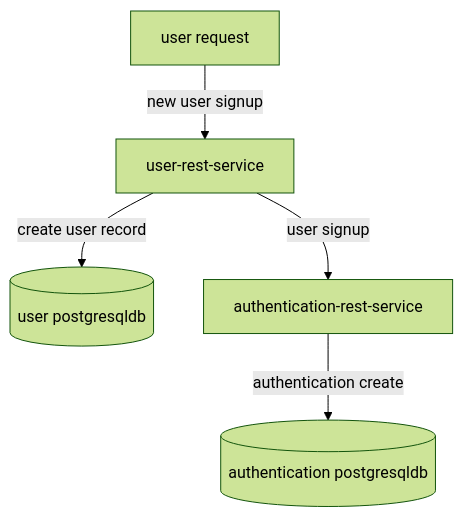
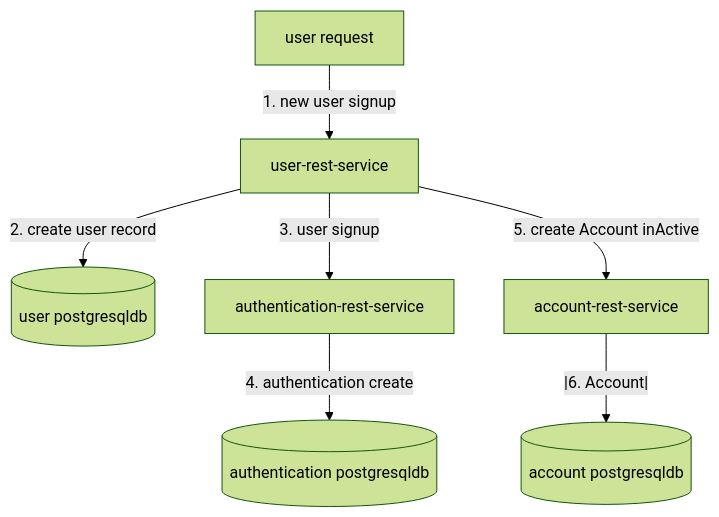
Before and after one commit to sonamsamdupkhangsar/sonamsamdupkhangsar.github.io: the second of 4 diagrams in README.md, drawn with Mermaid (forest theme).

Commit message:
add account in user creation

````diff
--- a/README.md
+++ b/README.md
@@ -38,7 +38,9 @@
 ```mermaid
 flowchart TD
-    A[user request] --> |new user signup| B[user-rest-service]
-    B[user-rest-service] -->|create user record| E[(user postgresqldb)]
-    B[user-rest-service] -->|user signup| C[authentication-rest-service]
-    C -->|authentication create| D[(authentication postgresqldb)]       
+    Request[user request] --> |1. new user signup| UserRestService[user-rest-service]
+    UserRestService -->|2. create user record| UserPgsqlDb[(user postgresqldb)]
+    UserRestService -->|3. user signup| AuthenticationRestService[authentication-rest-service]
+    AuthenticationRestService -->|4. authentication create| AuthenticationPgsqlDb[(authentication postgresqldb)]
+    UserRestService -->|5. create Account inActive| AccountRestService[account-rest-service]
+    AccountRestService --|6. Account| --> AccountPgsqlDb[(account postgresqldb)]
 ```
````
